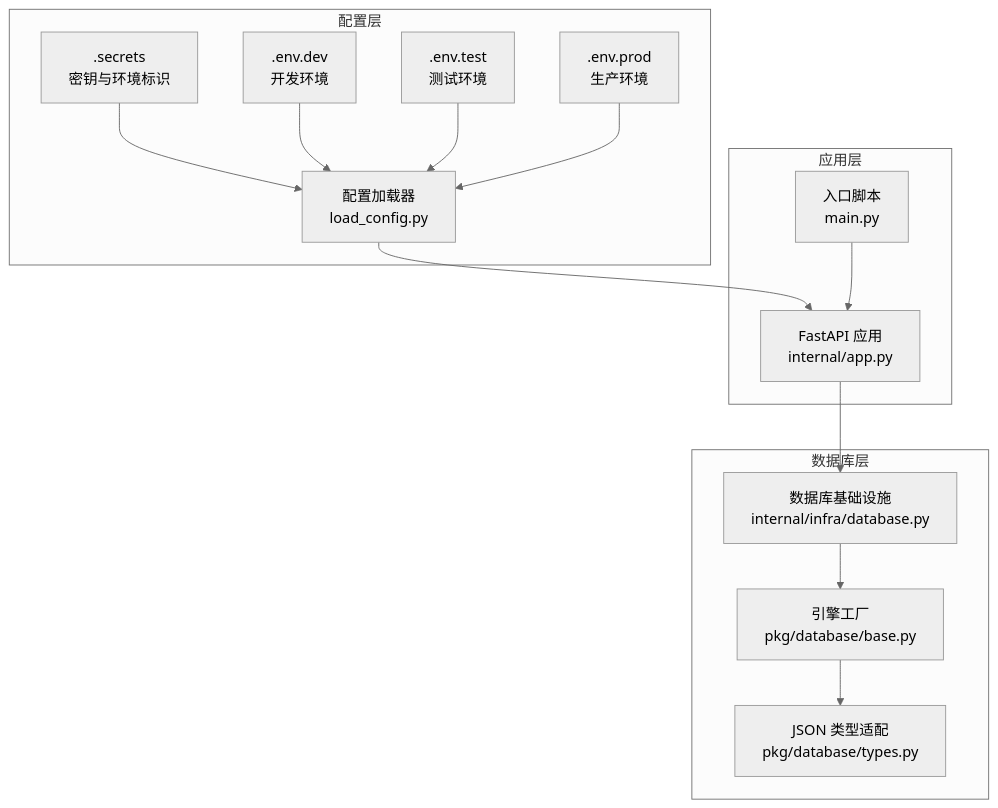
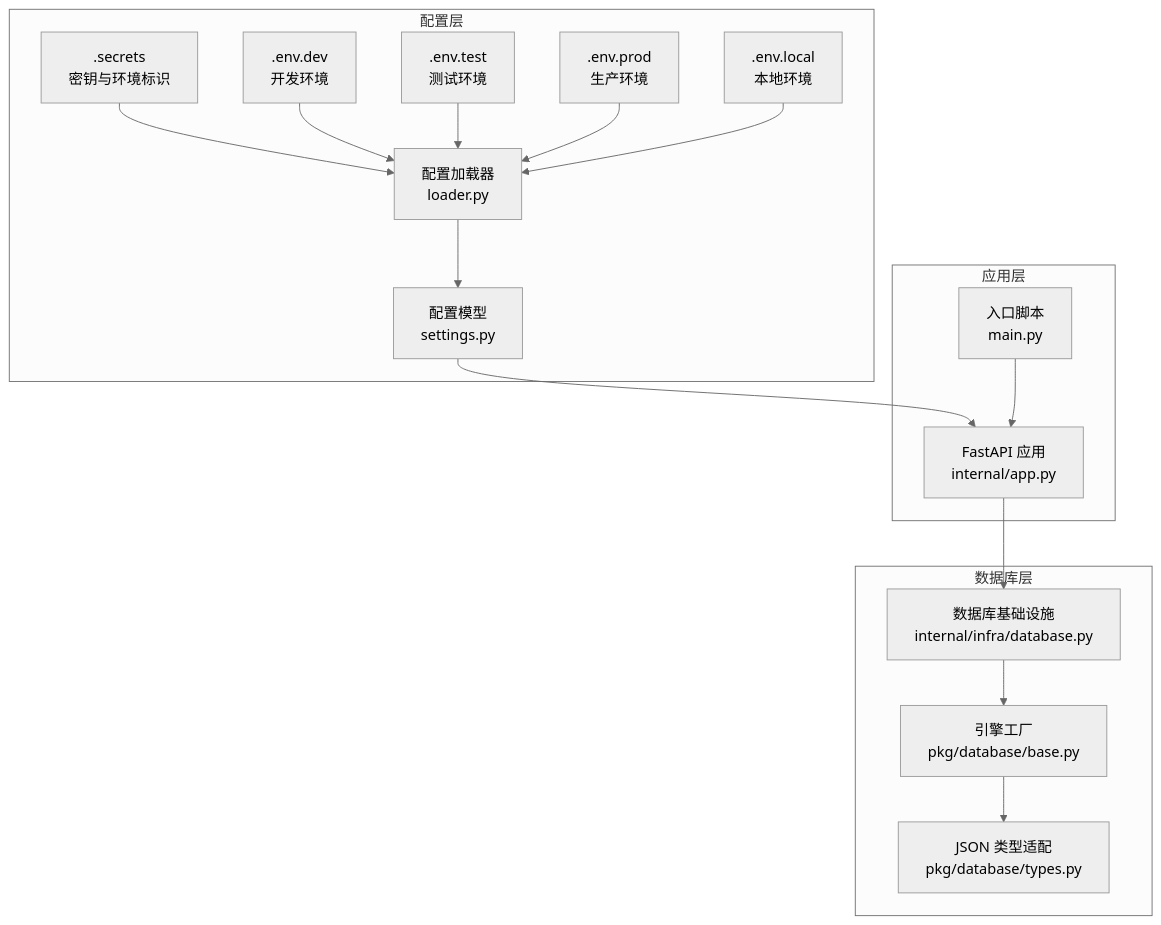
One commit to lilinzezzzzzz/fastapi-backend changed the first of 4 diagrams in .qoder/repowiki/zh/content/数据库集成/数据库配置.md. Above: the diagram before and after it, drawn with Mermaid (neutral theme). The commit also changed other lines of this file and 38 other files, not shown here.

````diff
--- a/.qoder/repowiki/zh/content/数据库集成/数据库配置.md
+++ b/.qoder/repowiki/zh/content/数据库集成/数据库配置.md
@@ -51,28 +57,32 @@
 ```mermaid
 graph TB
 subgraph "配置层"
 SECRETS[".secrets<br/>密钥与环境标识"]
 ENV_DEV[".env.dev<br/>开发环境"]
 ENV_TEST[".env.test<br/>测试环境"]
 ENV_PROD[".env.prod<br/>生产环境"]
-CFG_LOAD["配置加载器<br/>load_config.py"]
+ENV_LOCAL[".env.local<br/>本地环境"]
+SETTINGS["配置模型<br/>settings.py"]
+LOADER["配置加载器<br/>loader.py"]
 end
 subgraph "应用层"
 APP["FastAPI 应用<br/>internal/app.py"]
 MAIN["入口脚本<br/>main.py"]
 end
 subgraph "数据库层"
 INFRA_DB["数据库基础设施<br/>internal/infra/database.py"]
 BASE_ENGINE["引擎工厂<br/>pkg/database/base.py"]
 TYPES["JSON 类型适配<br/>pkg/database/types.py"]
 end
-SECRETS --> CFG_LOAD
-ENV_DEV --> CFG_LOAD
-ENV_TEST --> CFG_LOAD
-ENV_PROD --> CFG_LOAD
-CFG_LOAD --> APP
+SECRETS --> LOADER
+ENV_DEV --> LOADER
+ENV_TEST --> LOADER
+ENV_PROD --> LOADER
+ENV_LOCAL --> LOADER
+LOADER --> SETTINGS
+SETTINGS --> APP
 APP --> INFRA_DB
 INFRA_DB --> BASE_ENGINE
 BASE_ENGINE --> TYPES
 MAIN --> APP
 ```
````
